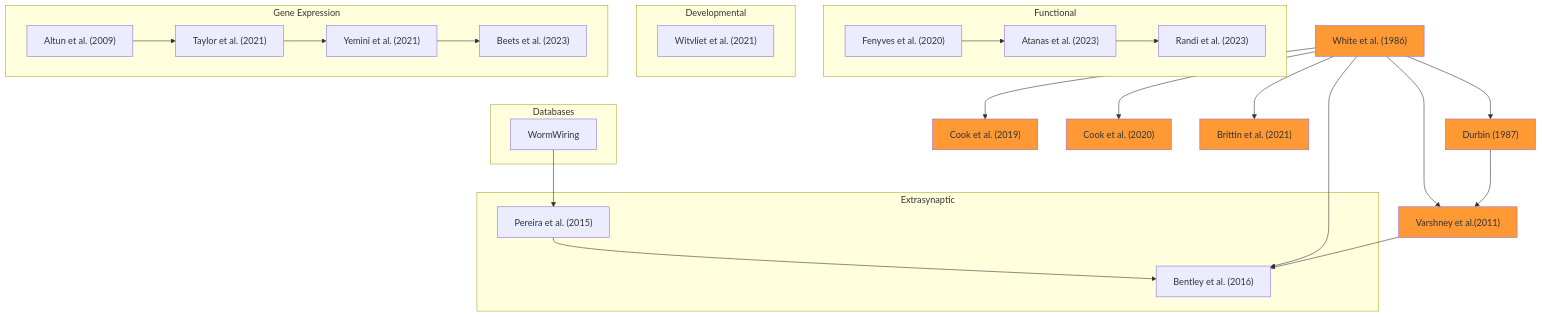
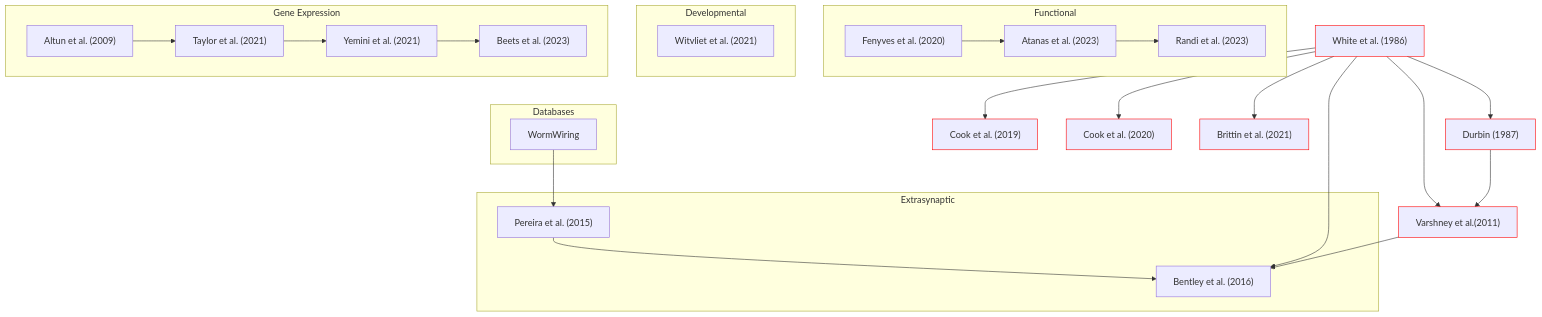
Before and after one commit to yasinthanvickneswaran/mermaidtest: the diagram in README.md, drawn with Mermaid.

````diff
--- a/README.md
+++ b/README.md
@@ -1,30 +1,34 @@
 ```mermaid
 flowchart TD
+    classDef anat stroke:#f00
+    classDef gene stroke:#0f0
+    classDef es stroke:#00f
+
     subgraph Functional
     H["Fenyves et al. (2020)"] --> O["Atanas et al. (2023)"]
     O --> P["Randi et al. (2023)"]
     end
     subgraph Developmental
     K["Witvliet et al. (2021)"]
     end
     subgraph Extrasynaptic
     E["Pereira et al. (2015)"] --> F["Bentley et al. (2016)"]
     end
     subgraph Gene Expression
     C["Altun et al. (2009)"] --> L["Taylor et al. (2021)"]
     L --> M["Yemini et al. (2021)"]
     M --> N["Beets et al. (2023)"]
     end
-    A["White et al. (1986)"]:::anatomical --> B["Durbin (1987)"]:::anatomical
+    A["White et al. (1986)"]:::anat --> B["Durbin (1987)"]:::anat
     classDef anatomical fill:#f93
-    A --> D["Varshney et al.(2011)"]:::anatomical
+    A --> D["Varshney et al.(2011)"]:::anat
     B --> D
-    A --> G["Cook et al. (2019)"]:::anatomical
-    A --> I["Cook et al. (2020)"]:::anatomical
-    A --> J["Brittin et al. (2021)"]:::anatomical
+    A --> G["Cook et al. (2019)"]:::anat
+    A --> I["Cook et al. (2020)"]:::anat
+    A --> J["Brittin et al. (2021)"]:::anat
     A --> F
     D --> F
     subgraph Databases
     DB1["WormWiring"] --> E
     end
 ```
````
